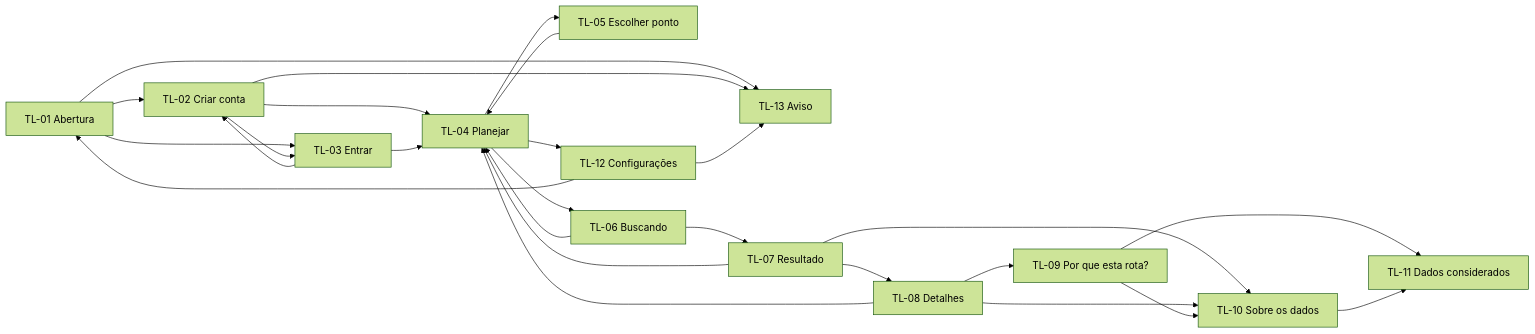
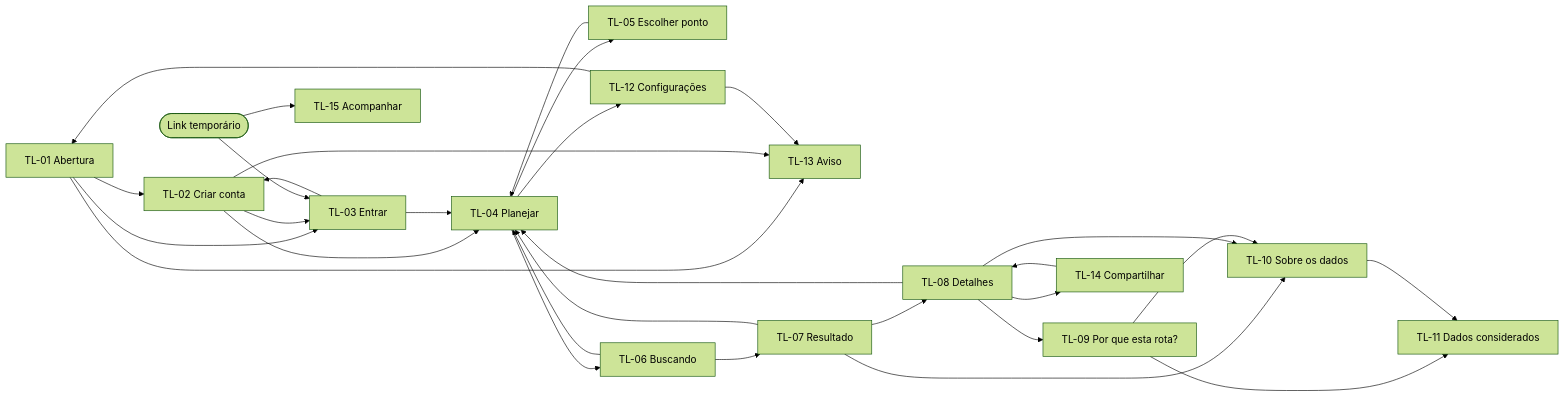
Before and after one commit to VoltaSegura/voltasegura: the diagram in docs/app-map/05_navegacao.md, drawn with Mermaid (forest theme). The commit also changed other lines of this file and 8 other files, not shown here.

````diff
--- a/docs/app-map/05_navegacao.md
+++ b/docs/app-map/05_navegacao.md
@@ -34,28 +38,32 @@
 ```mermaid
 flowchart LR
     TL01["TL-01 Abertura"] --> TL02["TL-02 Criar conta"]
     TL01 --> TL03["TL-03 Entrar"]
     TL01 --> TL13["TL-13 Aviso"]
     TL02 --> TL13
     TL02 --> TL03
     TL03 --> TL02
     TL02 --> TL04["TL-04 Planejar"]
     TL03 --> TL04
     TL04 --> TL05["TL-05 Escolher ponto"]
     TL05 --> TL04
     TL04 --> TL06["TL-06 Buscando"]
     TL06 --> TL07["TL-07 Resultado"]
     TL06 --> TL04
     TL07 --> TL08["TL-08 Detalhes"]
     TL08 --> TL09["TL-09 Por que esta rota?"]
     TL07 --> TL10["TL-10 Sobre os dados"]
     TL08 --> TL10
     TL09 --> TL10
     TL09 --> TL11["TL-11 Dados considerados"]
     TL10 --> TL11
     TL07 --> TL04
     TL08 --> TL04
     TL04 --> TL12["TL-12 Configurações"]
     TL12 --> TL13
     TL12 --> TL01
+    TL08 --> TL14["TL-14 Compartilhar"]
+    TL14 --> TL08
+    LINK(["Link temporário"]) --> TL15["TL-15 Acompanhar"]
+    LINK --> TL03
 ```
````
